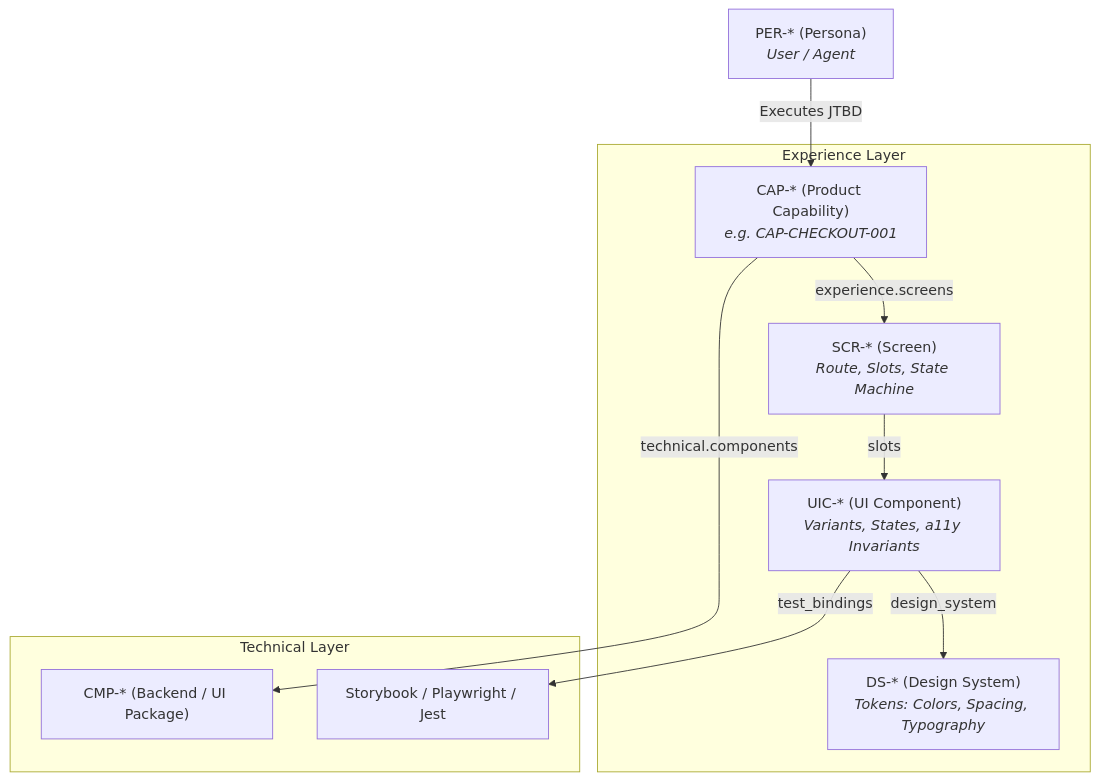
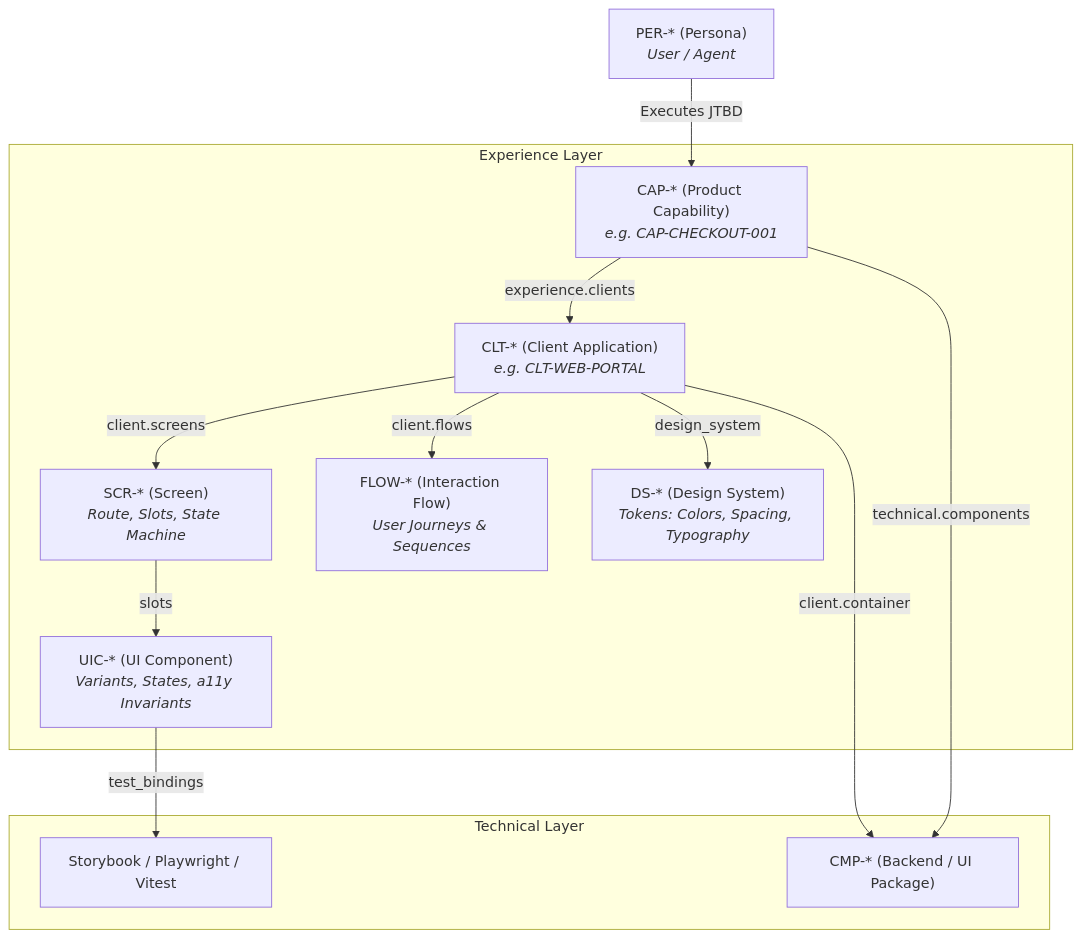
Before and after one commit to mchawa/eidos: the diagram in docs/concepts/design.md, drawn with Mermaid. The commit also changed other lines of this file and 25 other files, not shown here.

First line of the commit message:
feat(design): implement multi-client architecture (CLT-*) and interaction flows (FLOW-*)

````diff
--- a/docs/concepts/design.md
+++ b/docs/concepts/design.md
@@ -13,15 +13,18 @@
 ```mermaid
 graph TD
     PER["PER-* (Persona)<br/><i>User / Agent</i>"] -->|Executes JTBD| CAP["CAP-* (Product Capability)<br/><i>e.g. CAP-CHECKOUT-001</i>"]
     
     subgraph Experience Layer
-        CAP -->|experience.screens| SCR["SCR-* (Screen)<br/><i>Route, Slots, State Machine</i>"]
+        CAP -->|experience.clients| CLT["CLT-* (Client Application)<br/><i>e.g. CLT-WEB-PORTAL</i>"]
+        CLT -->|client.screens| SCR["SCR-* (Screen)<br/><i>Route, Slots, State Machine</i>"]
+        CLT -->|client.flows| FLOW["FLOW-* (Interaction Flow)<br/><i>User Journeys & Sequences</i>"]
         SCR -->|slots| UIC["UIC-* (UI Component)<br/><i>Variants, States, a11y Invariants</i>"]
-        UIC -->|design_system| DS["DS-* (Design System)<br/><i>Tokens: Colors, Spacing, Typography</i>"]
+        CLT -->|design_system| DS["DS-* (Design System)<br/><i>Tokens: Colors, Spacing, Typography</i>"]
     end
     
     subgraph Technical Layer
-        CAP -->|technical.components| CMP["CMP-* (Backend / UI Package)"]
-        UIC -->|test_bindings| TEST["Storybook / Playwright / Jest"]
+        CLT -->|client.container| CMP["CMP-* (Backend / UI Package)"]
+        CAP -->|technical.components| CMP
+        UIC -->|test_bindings| TEST["Storybook / Playwright / Vitest"]
     end
 ```
````
